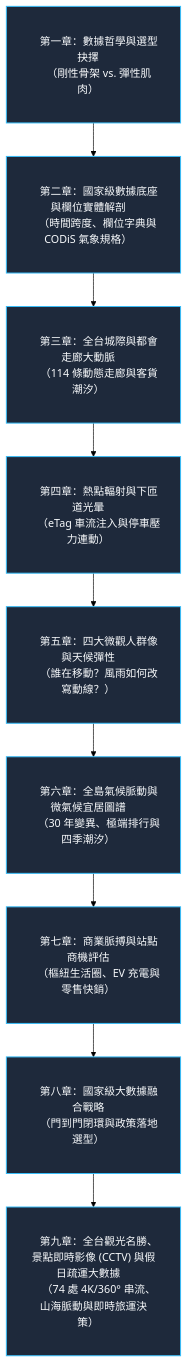
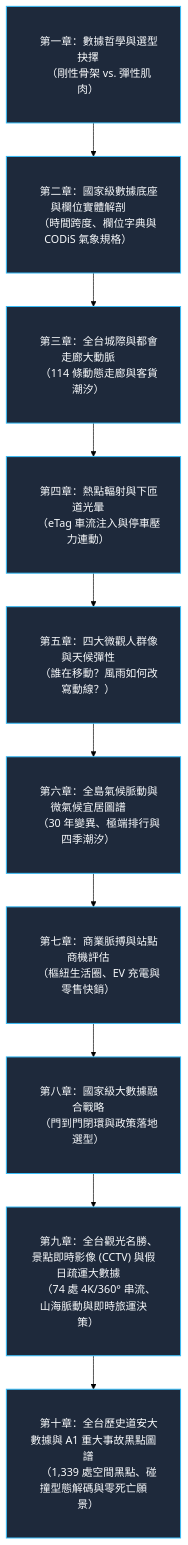
Before and after one commit to tobytoy/taiwan-mobility-pulse: the diagram in docs/README.md, drawn with Mermaid (forest theme). The commit also changed other lines of this file and 17 other files, not shown here.

````diff
--- a/docs/README.md
+++ b/docs/README.md
@@ -29,13 +29,14 @@
 ```mermaid
 flowchart TD
     classDef default fill:#1e293b,stroke:#38bdf8,stroke-width:1.5px,color:#f8fafc,padding:16px 50px;
 
     C1["&emsp;第一章：數據哲學與選型抉擇&emsp;<br/>&emsp;（剛性骨架 vs. 彈性肌肉）&emsp;"] --> C2["&emsp;第二章：國家級數據底座與欄位實體解剖&emsp;<br/>&emsp;（時間跨度、欄位字典與 CODiS 氣象規格）&emsp;"]
     C2 --> C3["&emsp;第三章：全台城際與都會走廊大動脈&emsp;<br/>&emsp;（114 條動態走廊與客貨潮汐）&emsp;"]
     C3 --> C4["&emsp;第四章：熱點輻射與下匝道光暈&emsp;<br/>&emsp;（eTag 車流注入與停車壓力連動）&emsp;"]
     C4 --> C5["&emsp;第五章：四大微觀人群像與天候彈性&emsp;<br/>&emsp;（誰在移動？風雨如何改寫動線？）&emsp;"]
     C5 --> C6["&emsp;第六章：全島氣候脈動與微氣候宜居圖譜&emsp;<br/>&emsp;（30 年變異、極端排行與四季潮汐）&emsp;"]
     C6 --> C7["&emsp;第七章：商業脈搏與站點商機評估&emsp;<br/>&emsp;（樞紐生活圈、EV 充電與零售快銷）&emsp;"]
     C7 --> C8["&emsp;第八章：國家級大數據融合戰略&emsp;<br/>&emsp;（門到門閉環與政策落地選型）&emsp;"]
     C8 --> C9["&emsp;第九章：全台觀光名勝、景點即時影像 (CCTV) 與假日疏運大數據&emsp;<br/>&emsp;（74 處 4K/360° 串流、山海脈動與即時旅運決策）&emsp;"]
+    C9 --> C10["&emsp;第十章：全台歷史道安大數據與 A1 重大事故黑點圖譜&emsp;<br/>&emsp;（1,339 處空間黑點、碰撞型態解碼與零死亡願景）&emsp;"]
 ```
````
